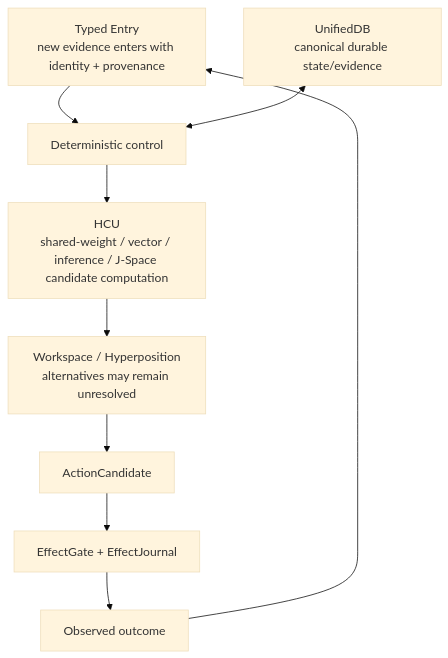
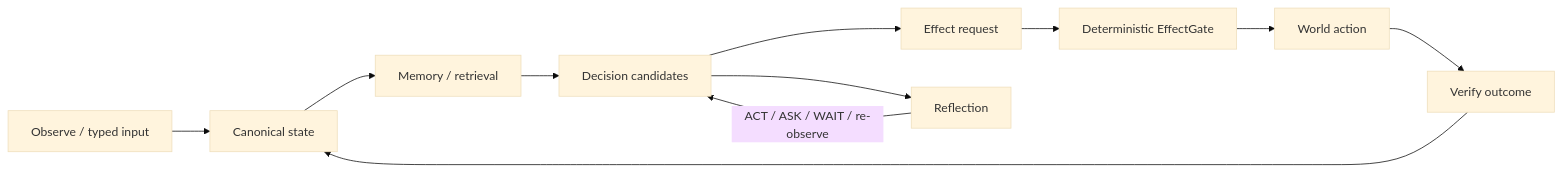
The diagram in HUMAN_READ_THIS/README.md (gschaidergabriel/Cognitive-devmachine), drawn with Mermaid (base theme) before and after one commit. The commit also changed other lines of this file and 8 other files, not shown here.

````diff
--- a/HUMAN_READ_THIS/README.md
+++ b/HUMAN_READ_THIS/README.md
@@ -90,11 +13,13 @@
 ```mermaid
-flowchart TD
-    I[Typed Entry<br/>new evidence enters with identity + provenance] --> C[Deterministic control]
-    C --> H[HCU<br/>shared-weight / vector / inference / J-Space candidate computation]
-    H --> W[Workspace / Hyperposition<br/>alternatives may remain unresolved]
-    W --> A[ActionCandidate]
-    A --> G[EffectGate + EffectJournal]
-    G --> O[Observed outcome]
-    O --> I
-    U[UnifiedDB<br/>canonical durable state/evidence] <--> C
+flowchart LR
+    O[Observe / typed input] --> S[Canonical state]
+    S --> M[Memory / retrieval]
+    M --> D[Decision candidates]
+    D --> E[Effect request]
+    E --> G[Deterministic EffectGate]
+    G --> A[World action]
+    A --> V[Verify outcome]
+    V --> S
+    D --> R[Reflection]
+    R -->|ACT / ASK / WAIT / re-observe| D
 ```
````
